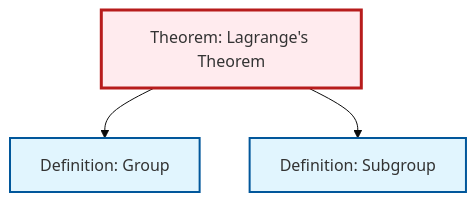
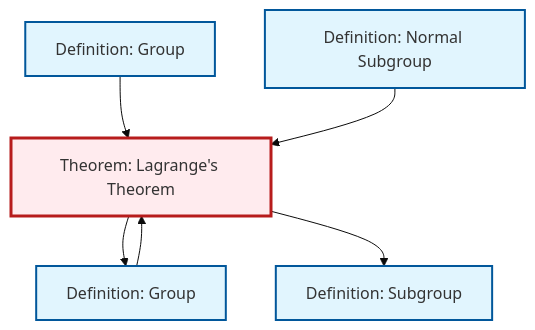
The diagram in content/en/algebra/thm-lagrange.qmd (RK0429/ModernMath), drawn with Mermaid (base theme) before and after one commit. The commit also changed 511 other files, not shown here.

````diff
--- a/content/en/algebra/thm-lagrange.qmd
+++ b/content/en/algebra/thm-lagrange.qmd
@@ -40,18 +40,20 @@
 ```{mermaid}
 %%| fig-cap: "Local dependency graph"
 graph TD
     classDef definition fill:#e1f5fe,stroke:#01579b,stroke-width:2px
     classDef theorem fill:#f3e5f5,stroke:#4a148c,stroke-width:2px
     classDef axiom fill:#fff3e0,stroke:#e65100,stroke-width:2px
     classDef example fill:#e8f5e9,stroke:#1b5e20,stroke-width:2px
     classDef current fill:#ffebee,stroke:#b71c1c,stroke-width:3px
+    def-subgroup["Definition: Subgroup"]:::definition
+    def-normal-subgroup["Definition: Normal Subgroup"]:::definition
+    thm-lagrange["Theorem: Lagrange's Theorem"]:::theorem
     def-group["Definition: Group"]:::definition
-    thm-lagrange["Theorem: Lagrange's Theorem"]:::theorem
-    def-subgroup["Definition: Subgroup"]:::definition
+    def-group-example["Definition: Group"]:::definition
+    def-group --> thm-lagrange
+    def-group-example --> thm-lagrange
     thm-lagrange --> def-group
     thm-lagrange --> def-subgroup
+    def-normal-subgroup --> thm-lagrange
     class thm-lagrange current
-
-    click def-group "def-group.html" "Go to Group definition"
-    click def-subgroup "def-subgroup.html" "Go to Subgroup definition"
 ```
````
